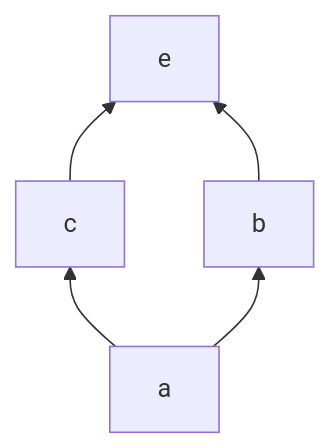
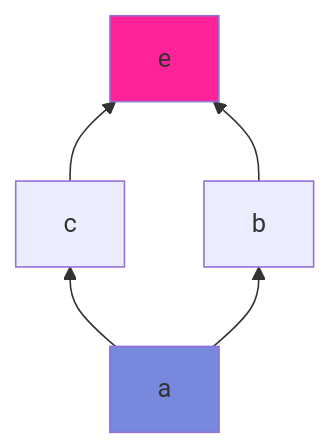
One commit to yo-goto/zenn-public-repo changed the sixth of 42 diagrams in books/ts-algebraic-models/7-tam-lattice-theoretic-model.md. Above: the diagram before and after it, drawn with Mermaid. The commit also changed other lines of this file and 2 other files, not shown here.

````diff
--- a/books/ts-algebraic-models/7-tam-lattice-theoretic-model.md
+++ b/books/ts-algebraic-models/7-tam-lattice-theoretic-model.md
@@ -127,5 +127,9 @@
 ```mermaid
 graph BT
+a:::glb
+e:::lub
 a --> c --> e
 a --> b --> e
+classDef lub fill:#f29
+classDef glb fill:#78d
 ```
````
